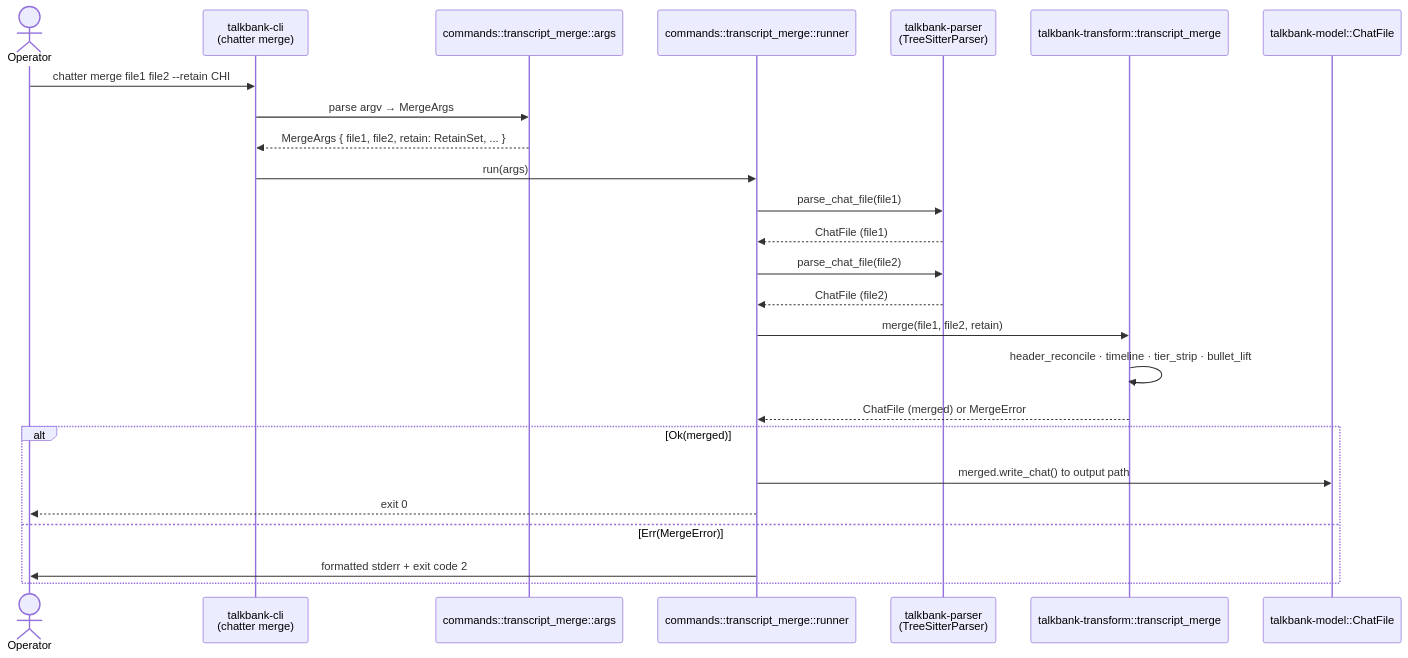
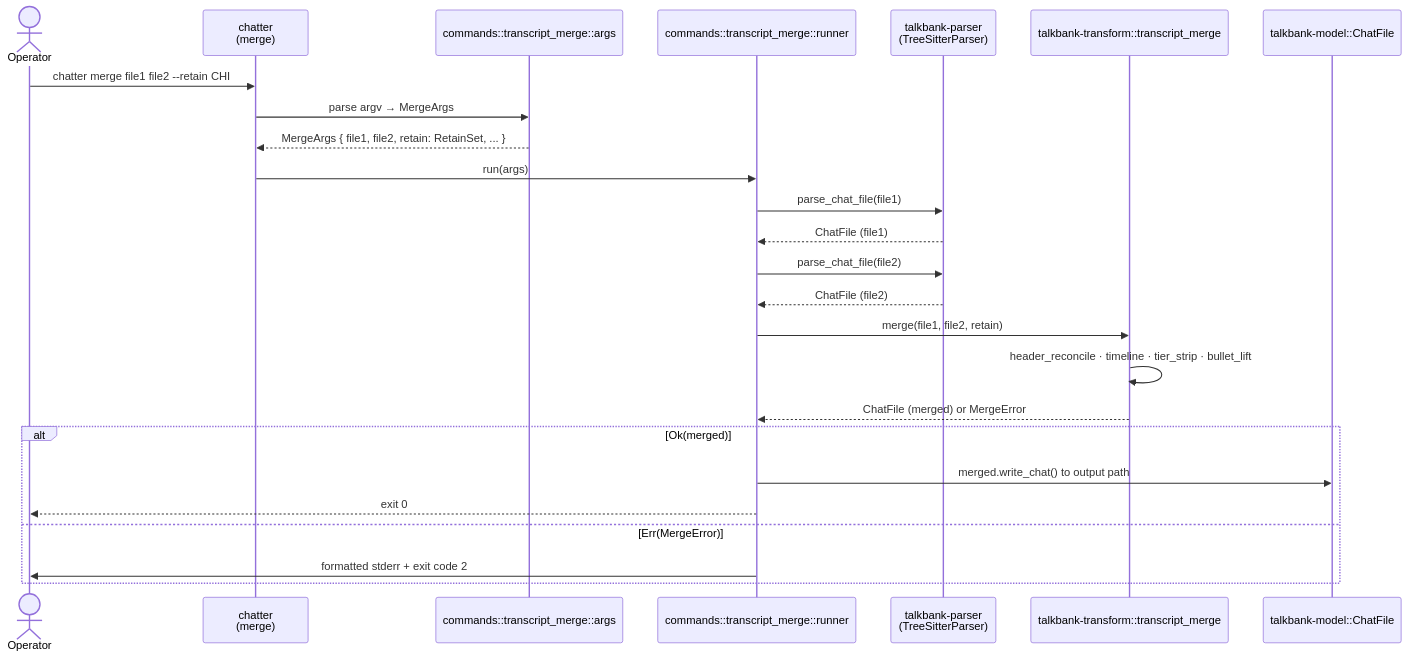
The second of 4 diagrams in book/src/architecture/merge-architecture.md (TalkBank/chatter), drawn with Mermaid before and after one commit. The commit also changed other lines of this file and 140 other files, not shown here.

````diff
--- a/book/src/architecture/merge-architecture.md
+++ b/book/src/architecture/merge-architecture.md
@@ -271,28 +271,28 @@
 ```mermaid
 sequenceDiagram
     actor Operator
-    participant CLI as talkbank-cli<br/>(chatter merge)
+    participant CLI as chatter<br/>(merge)
     participant Args as commands::transcript_merge::args
     participant Runner as commands::transcript_merge::runner
     participant Parser as talkbank-parser<br/>(TreeSitterParser)
     participant Merge as talkbank-transform::transcript_merge
     participant Model as talkbank-model::ChatFile
 
     Operator->>CLI: chatter merge file1 file2 --retain CHI
     CLI->>Args: parse argv → MergeArgs
     Args-->>CLI: MergeArgs { file1, file2, retain: RetainSet, ... }
     CLI->>Runner: run(args)
     Runner->>Parser: parse_chat_file(file1)
     Parser-->>Runner: ChatFile (file1)
     Runner->>Parser: parse_chat_file(file2)
     Parser-->>Runner: ChatFile (file2)
     Runner->>Merge: merge(file1, file2, retain)
     Merge->>Merge: header_reconcile · timeline · tier_strip · bullet_lift
     Merge-->>Runner: ChatFile (merged) or MergeError
     alt Ok(merged)
         Runner->>Model: merged.write_chat() to output path
         Runner-->>Operator: exit 0
     else Err(MergeError)
         Runner->>Operator: formatted stderr + exit code 2
     end
 ```
````
